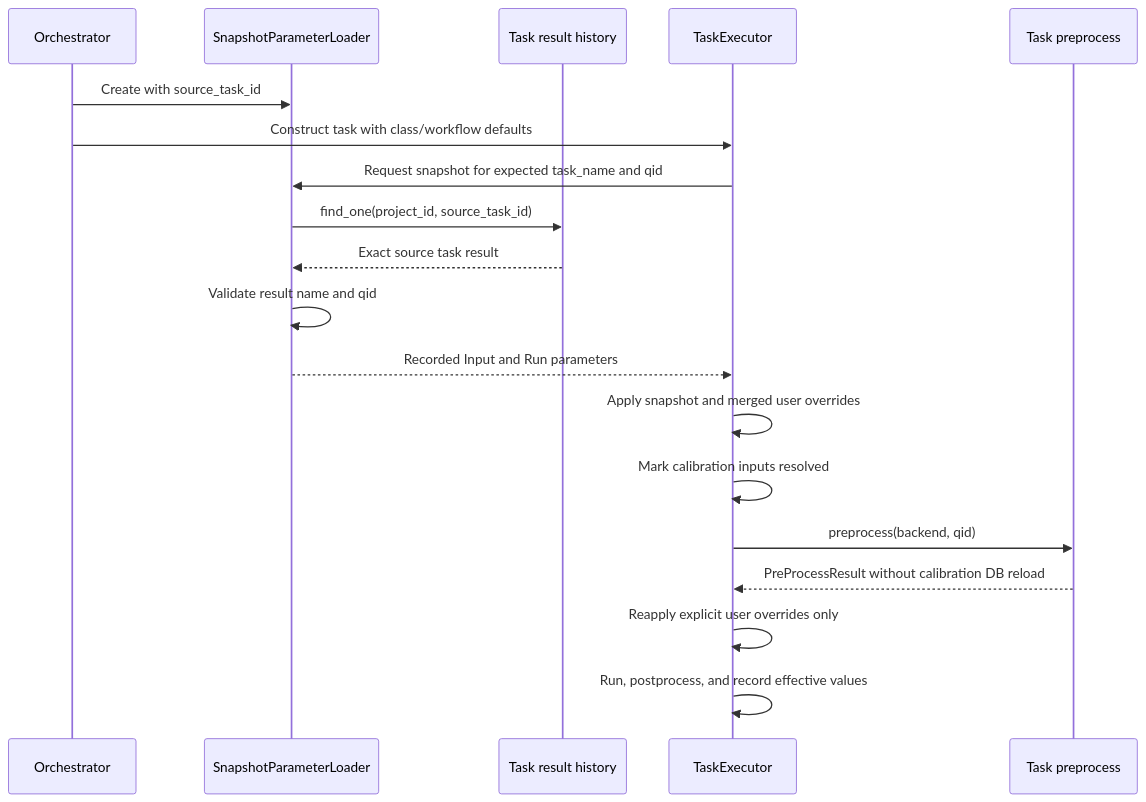
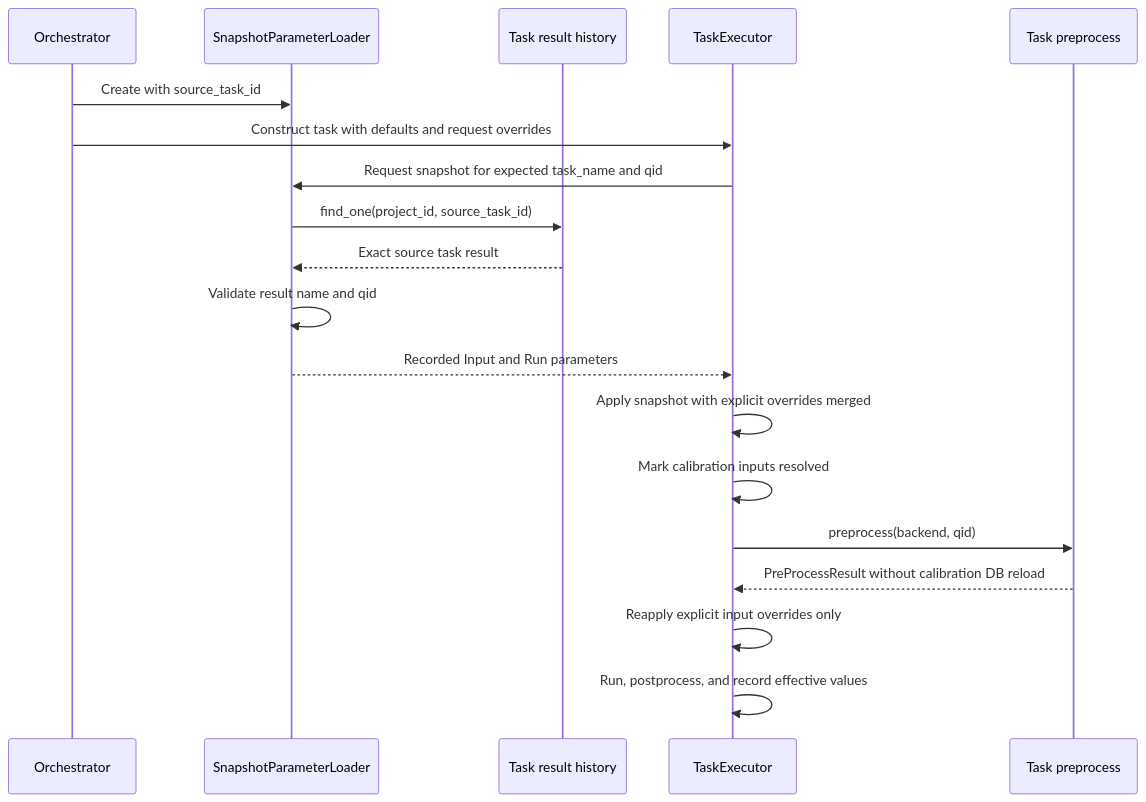
Before and after one commit to oqtopus-team/qdash: the fourth of 4 diagrams in docs/developer-guide/workflow/parameter-resolution.md, drawn with Mermaid. The commit also changed other lines of this file and 51 other files, not shown here.

Commit message:
feat(workflow): unify task parameter overrides

````diff
--- a/docs/developer-guide/workflow/parameter-resolution.md
+++ b/docs/developer-guide/workflow/parameter-resolution.md
@@ -167,22 +217,22 @@
 ```mermaid
 sequenceDiagram
     participant O as Orchestrator
     participant S as SnapshotParameterLoader
     participant H as Task result history
     participant T as TaskExecutor
     participant P as Task preprocess
 
     O->>S: Create with source_task_id
-    O->>T: Construct task with class/workflow defaults
+    O->>T: Construct task with defaults and request overrides
     T->>S: Request snapshot for expected task_name and qid
     S->>H: find_one(project_id, source_task_id)
     H-->>S: Exact source task result
     S->>S: Validate result name and qid
     S-->>T: Recorded Input and Run parameters
-    T->>T: Apply snapshot and merged user overrides
+    T->>T: Apply snapshot with explicit overrides merged
     T->>T: Mark calibration inputs resolved
     T->>P: preprocess(backend, qid)
     P-->>T: PreProcessResult without calibration DB reload
-    T->>T: Reapply explicit user overrides only
+    T->>T: Reapply explicit input overrides only
     T->>T: Run, postprocess, and record effective values
 ```
````
